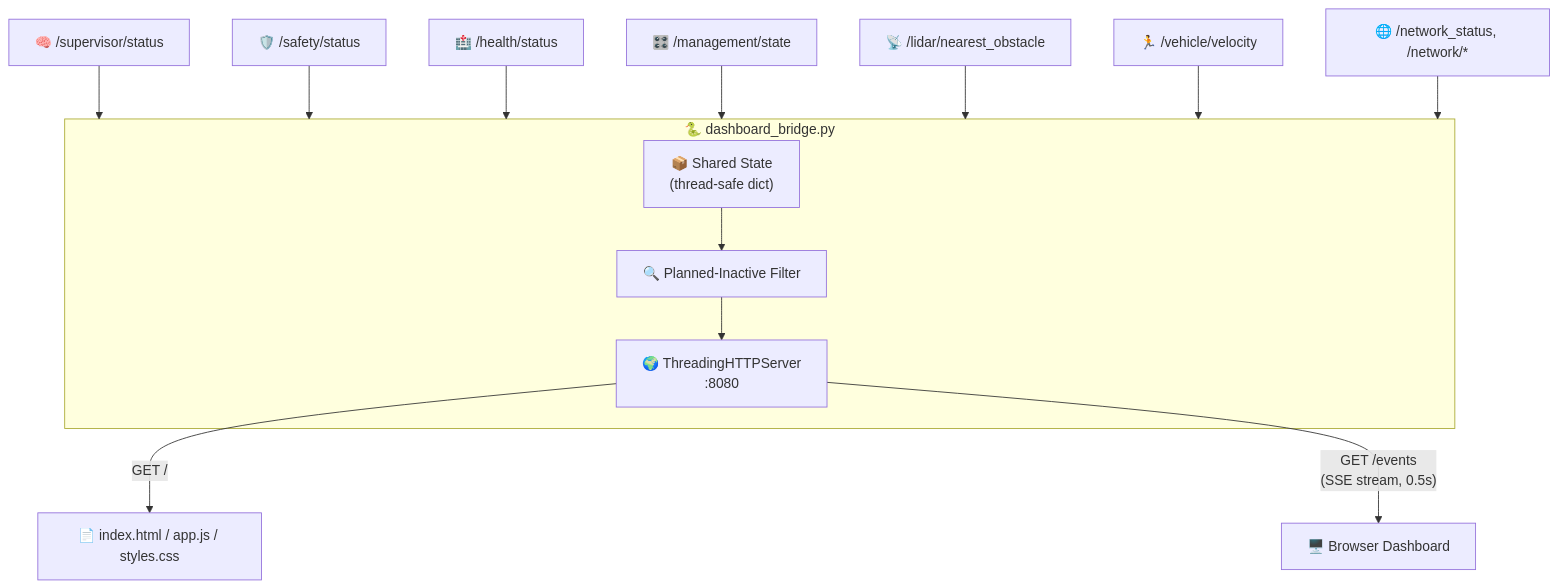
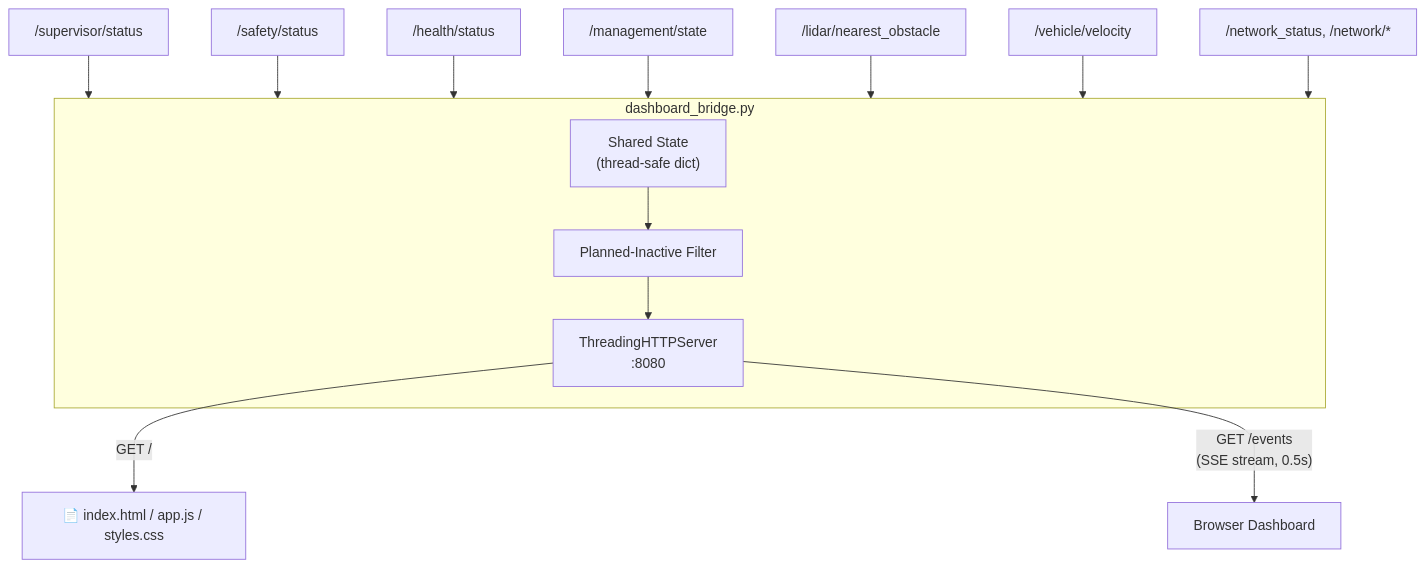
The first of 5 diagrams in src/drone_health_dashboard/README.md (NILAMATHI1999/drone-health-modular-framework), drawn with Mermaid before and after one commit. The commit also changed other lines of this file, not shown here.

````diff
--- a/src/drone_health_dashboard/README.md
+++ b/src/drone_health_dashboard/README.md
@@ -12,20 +12,20 @@
 ```mermaid
 graph TD
-    SUP["🧠 /supervisor/status"] --> Bridge
-    SAFE["🛡️ /safety/status"] --> Bridge
-    HM["🏥 /health/status"] --> Bridge
-    MGMT["🎛️ /management/state"] --> Bridge
-    LIDAR["📡 /lidar/nearest_obstacle"] --> Bridge
-    VEL["🏃 /vehicle/velocity"] --> Bridge
-    NET["🌐 /network_status, /network/*"] --> Bridge
+    SUP[" /supervisor/status"] --> Bridge
+    SAFE[" /safety/status"] --> Bridge
+    HM[" /health/status"] --> Bridge
+    MGMT[" /management/state"] --> Bridge
+    LIDAR[" /lidar/nearest_obstacle"] --> Bridge
+    VEL[" /vehicle/velocity"] --> Bridge
+    NET[" /network_status, /network/*"] --> Bridge
 
-    subgraph Bridge ["🐍 dashboard_bridge.py"]
-        State["📦 Shared State<br/>(thread-safe dict)"]
-        Filter["🔍 Planned-Inactive Filter"]
-        HTTP["🌍 ThreadingHTTPServer<br/>:8080"]
+    subgraph Bridge [" dashboard_bridge.py"]
+        State[" Shared State<br/>(thread-safe dict)"]
+        Filter[" Planned-Inactive Filter"]
+        HTTP[" ThreadingHTTPServer<br/>:8080"]
         State --> Filter --> HTTP
     end
 
     HTTP -->|"GET /"| Static["📄 index.html / app.js / styles.css"]
-    HTTP -->|"GET /events<br/>(SSE stream, 0.5s)"| Browser["🖥️ Browser Dashboard"]
+    HTTP -->|"GET /events<br/>(SSE stream, 0.5s)"| Browser[" Browser Dashboard"]
 ```
````
